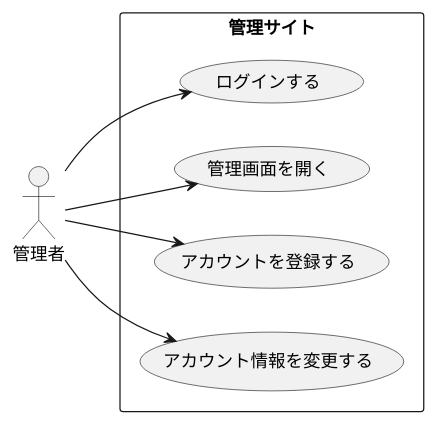
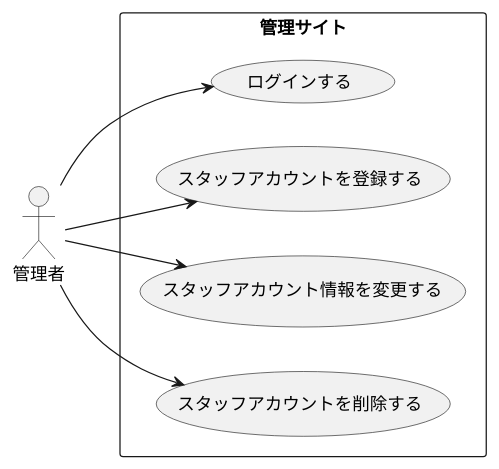
Before and after one commit to TakashiOnawa/ddd-practice-studio-reservation: the diagram in modeling/05_Usecase_スタッフ管理.pu, drawn with PlantUML. The commit also changed 38 other files, not shown here.

```diff
--- a/modeling/05_Usecase_スタッフ管理.pu
+++ b/modeling/05_Usecase_スタッフ管理.pu
@@ -1,14 +1,14 @@
 @startuml　Usecase
 
 left to right direction
 
 actor 管理者
 
 rectangle 管理サイト {
     管理者 --> (ログインする)
-    管理者 --> (管理画面を開く)
-    管理者 --> (アカウントを登録する)
-    管理者 --> (アカウント情報を変更する)
+    管理者 --> (スタッフアカウントを登録する)
+    管理者 --> (スタッフアカウント情報を変更する)
+    管理者 --> (スタッフアカウントを削除する)
 }
 
 @enduml
```
